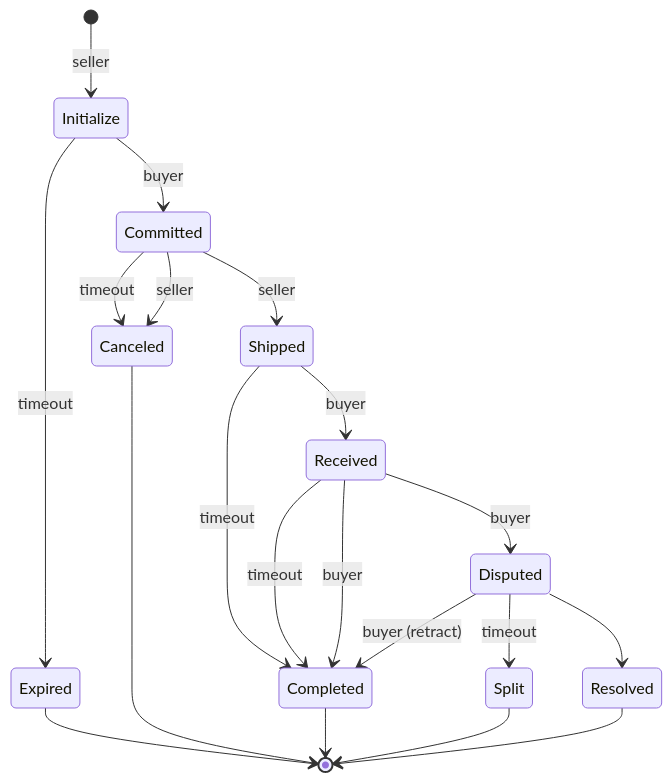
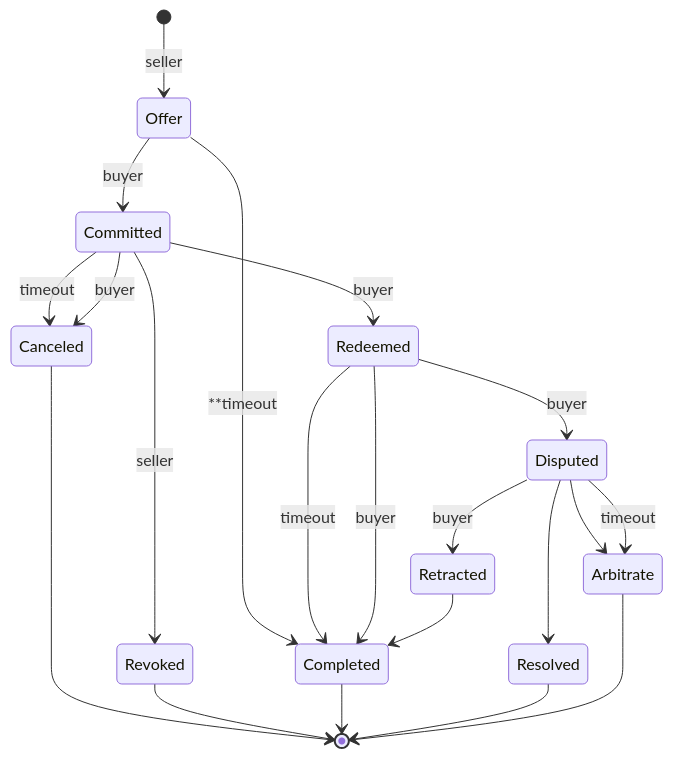
One commit to synbionet/fair-exchange changed the first of 3 diagrams in README.md. Above: the diagram before and after it, drawn with Mermaid. The commit also changed other lines of this file, not shown here.

````diff
--- a/README.md
+++ b/README.md
@@ -28,28 +25,28 @@
 ```mermaid
 stateDiagram-v2
-[*] --> Initialize: seller
-Initialize --> Expired: timeout
-Initialize --> Committed: buyer
+[*] --> Offer: seller
+Offer --> Completed: **timeout
+Offer --> Committed: buyer
 
 Committed --> Canceled: timeout
-Committed --> Canceled: seller
-Committed --> Shipped: seller
+Committed --> Revoked: seller
+Committed --> Canceled: buyer
+Committed --> Redeemed: buyer
 
-Shipped --> Completed: timeout
-Shipped --> Received: buyer
+Redeemed --> Completed: timeout
+Redeemed --> Completed: buyer
+Redeemed --> Disputed: buyer
 
-Received --> Completed: timeout
-Received --> Completed: buyer
-Received --> Disputed: buyer
+Disputed --> Retracted: buyer
+Disputed --> Resolved
+Disputed --> Arbitrate
+Disputed --> Arbitrate: timeout
 
-Disputed --> Completed: buyer (retract)
-Disputed --> Split: timeout
-Disputed --> Resolved
+Retracted --> Completed
 
-
-Expired --> [*]
 Canceled --> [*]
+Revoked --> [*]
 Completed --> [*]
-Split --> [*]
 Resolved --> [*]
+Arbitrate --> [*]
 ```
````
